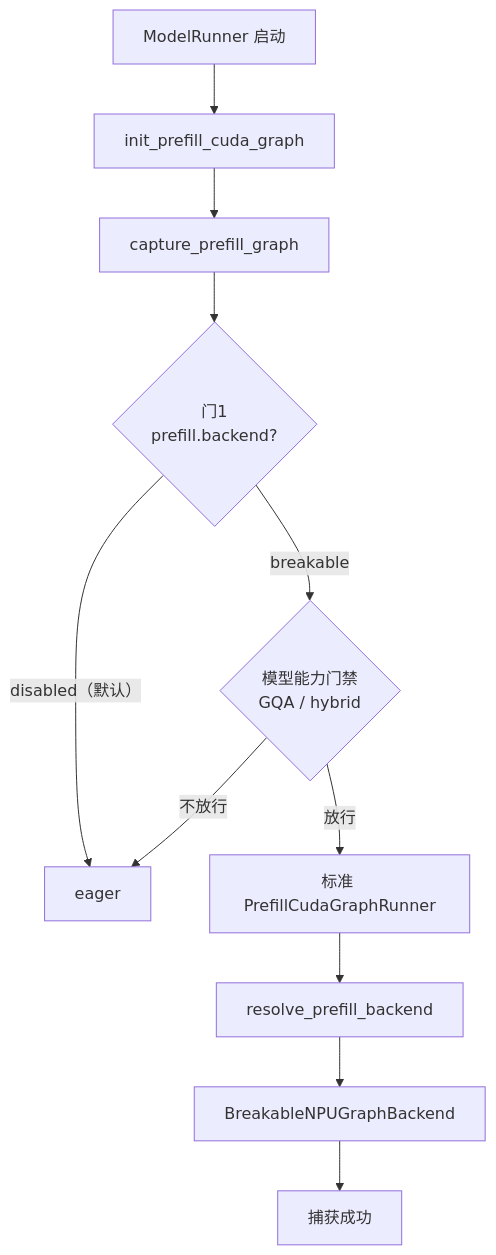
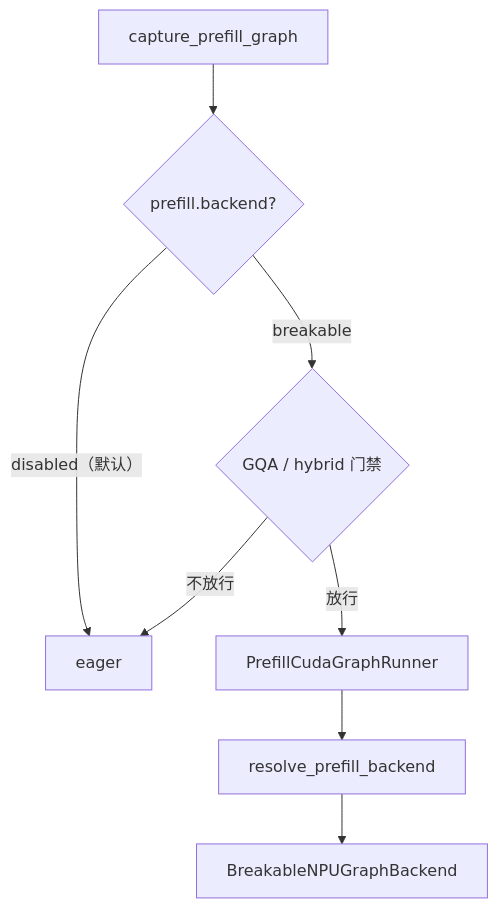
Before and after one commit to kyrotiko/sglang-docs: the third of 7 diagrams in FE/BreakableNPUGraphBackend设计方案/breakable_npu_graph_backend_design.md, drawn with Mermaid. The commit also changed other lines of this file, not shown here.

First line of the commit message:
docs: tighten the breakable NPU graph design doc

````diff
--- a/FE/BreakableNPUGraphBackend设计方案/breakable_npu_graph_backend_design.md
+++ b/FE/BreakableNPUGraphBackend设计方案/breakable_npu_graph_backend_design.md
@@ -109,13 +74,10 @@
 ```mermaid
 flowchart TB
-    MR["ModelRunner 启动"] --> IPCG["init_prefill_cuda_graph"]
-    IPCG --> CPG["capture_prefill_graph"]
-    CPG --> G1{"门1<br/>prefill.backend?"}
+    CPG["capture_prefill_graph"] --> G1{"prefill.backend?"}
     G1 -->|"disabled（默认）"| EAGER["eager"]
-    G1 -->|"breakable"| G3{"模型能力门禁<br/>GQA / hybrid"}
+    G1 -->|"breakable"| G3{"GQA / hybrid 门禁"}
     G3 -->|"不放行"| EAGER
-    G3 -->|"放行"| PCG["标准 PrefillCudaGraphRunner"]
+    G3 -->|"放行"| PCG["PrefillCudaGraphRunner"]
     PCG --> RP["resolve_prefill_backend"]
-    RP --> BCG2["BreakableNPUGraphBackend"]
-    BCG2 --> OK["捕获成功"]
+    RP --> BNB["BreakableNPUGraphBackend"]
 ```
````
